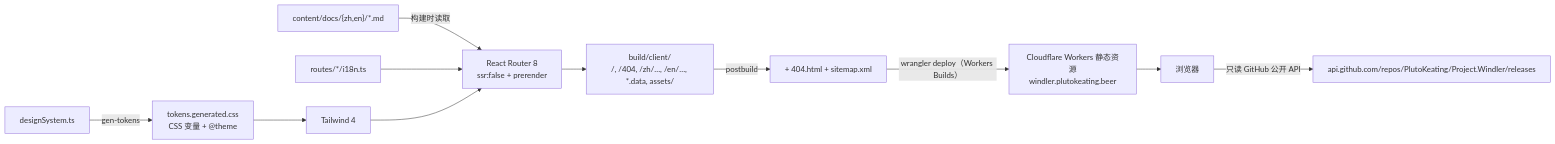
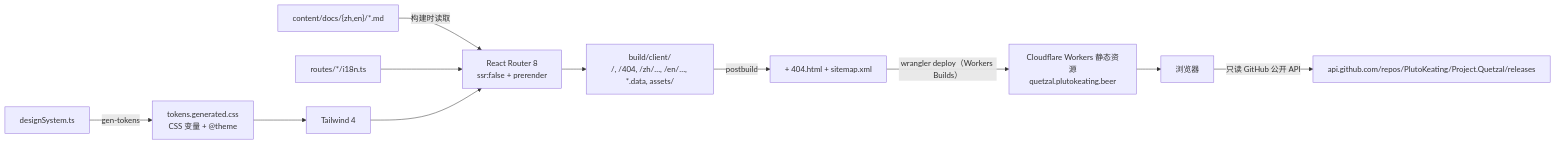
Before and after one commit to Causally-XYZ/Project.Quetzal: the diagram in website/docs/ARCHITECTURE.md, drawn with Mermaid. The commit also changed other lines of this file and 150 other files, not shown here.

First line of the commit message:
更名为 Quetzal：运行基座、控制台、npm 包、官网、文档全部由 Windler 改名

````diff
--- a/website/docs/ARCHITECTURE.md
+++ b/website/docs/ARCHITECTURE.md
@@ -5,13 +5,13 @@
 ```mermaid
 flowchart LR
   DS["designSystem.ts"] -- gen-tokens --> CSS["tokens.generated.css<br/>CSS 变量 + @theme"]
   CSS --> TW["Tailwind 4"]
   MD["content/docs/{zh,en}/*.md"] -- 构建时读取 --> RR
   I18N["routes/*/i18n.ts"] --> RR["React Router 8<br/>ssr:false + prerender"]
   TW --> RR
   RR --> OUT["build/client/<br/>/, /404, /zh/…, /en/…, *.data, assets/"]
   OUT -- postbuild --> OUT2["+ 404.html + sitemap.xml"]
-  OUT2 -- wrangler deploy（Workers Builds） --> CF["Cloudflare Workers 静态资源<br/>windler.plutokeating.beer"]
-  BR["浏览器"] -- 只读 GitHub 公开 API --> GH["api.github.com/repos/PlutoKeating/Project.Windler/releases"]
+  OUT2 -- wrangler deploy（Workers Builds） --> CF["Cloudflare Workers 静态资源<br/>quetzal.plutokeating.beer"]
+  BR["浏览器"] -- 只读 GitHub 公开 API --> GH["api.github.com/repos/PlutoKeating/Project.Quetzal/releases"]
   CF --> BR
 ```
````
